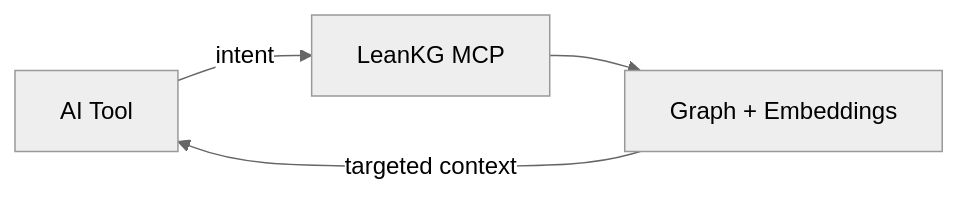
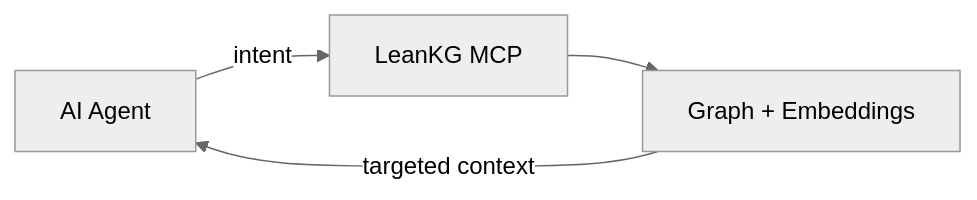
The diagram in README.md (FreePeak/LeanKG), drawn with Mermaid (neutral theme) before and after one commit. The commit also changed other lines of this file, not shown here.

````diff
--- a/README.md
+++ b/README.md
@@ -42,6 +169,6 @@
 ```mermaid
 graph LR
-    A[AI Tool] -->|intent| B[LeanKG MCP]
+    A[AI Agent] -->|intent| B[LeanKG MCP]
     B --> C[Graph + Embeddings]
     C -->|targeted context| A
 ```
````
